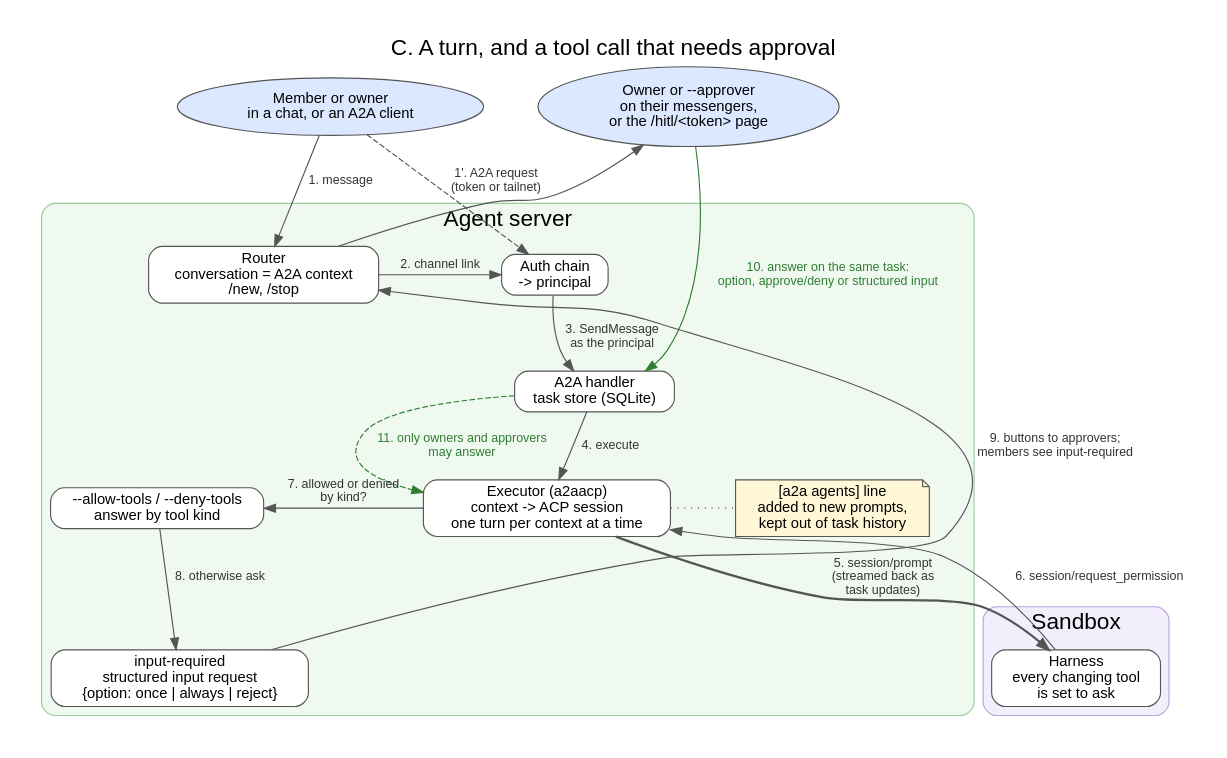
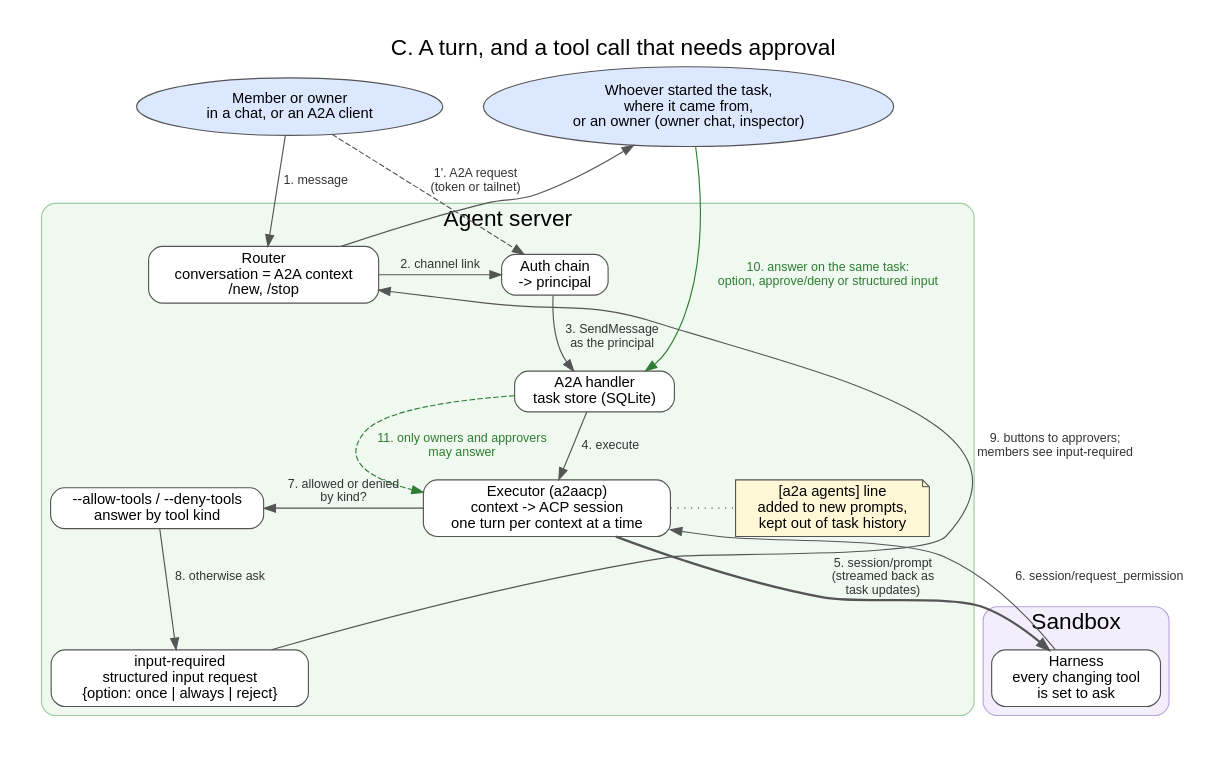
The diagram in docs/graphs/agent-server-turn.dot (a2aproject/a2a-serve), drawn with Graphviz before and after one commit. The commit also changed 3 other files, not shown here.

Commit message:
docs: show model A approvals in the turn graph, and polish two flag help texts

```diff
--- a/docs/graphs/agent-server-turn.dot
+++ b/docs/graphs/agent-server-turn.dot
@@ -1,50 +1,50 @@
 // C. One turn: a message from a chat or an A2A client becomes an ACP prompt,
 // and a tool call that changes something waits for an approver.
 // Render: dot -Tpng -Gdpi=110 agent-server-turn.dot -o agent-server-turn.png
 digraph agent_server_turn {
   rankdir=TB;
   graph [fontname="Helvetica", nodesep=0.4, ranksep=0.5, pad=0.3, newrank=true,
          label="C. A turn, and a tool call that needs approval", labelloc=t, fontsize=20];
   node  [fontname="Helvetica", fontsize=13, shape=box, style="rounded,filled", fillcolor="#ffffff", color="#555555"];
   edge  [fontname="Helvetica", fontsize=11, color="#555555", fontcolor="#333333"];
 
   { rank=same;
     User     [label="Member or owner\nin a chat, or an A2A client", shape=ellipse, fillcolor="#dbe8ff"];
-    Approver [label="Owner or --approver\non their messengers,\nor the /hitl/<token> page", shape=ellipse, fillcolor="#dbe8ff"];
+    Approver [label="Whoever started the task,\nwhere it came from,\nor an owner (owner chat, inspector)", shape=ellipse, fillcolor="#dbe8ff"];
   }
 
   subgraph cluster_server {
     label="Agent server"; style="rounded,filled"; fillcolor="#f0f9f0"; color="#9ccc9c";
     { rank=same;
       Router  [label="Router\nconversation = A2A context\n/new, /stop"];
       Auth    [label="Auth chain\n-> principal"];
     }
     Handler [label="A2A handler\ntask store (SQLite)"];
     { rank=same;
       Rules   [label="--allow-tools / --deny-tools\nanswer by tool kind"];
       Exec    [label="Executor (a2aacp)\ncontext -> ACP session\none turn per context at a time"];
       Line    [label="[a2a agents] line\nadded to new prompts,\nkept out of task history", shape=note, fillcolor="#fff7d6"];
     }
     Hitl    [label="input-required\nstructured input request\n{option: once | always | reject}"];
   }
 
   subgraph cluster_sandbox {
     label="Sandbox"; style="rounded,filled"; fillcolor="#f3eefb"; color="#b9a4dd";
     Harness [label="Harness\nevery changing tool\nis set to ask"];
   }
 
   User -> Router   [label="1. message"];
   User -> Auth     [label="1'. A2A request\n(token or tailnet)", style=dashed];
   Router -> Auth   [label="2. channel link"];
   Auth -> Handler  [label="3. SendMessage\nas the principal"];
   Handler -> Exec  [label="4. execute"];
   Exec -> Line     [style=dotted, dir=none];
   Exec -> Harness  [label="5. session/prompt\n(streamed back as\ntask updates)", style=bold];
   Harness -> Exec  [label="6. session/request_permission"];
   Exec -> Rules    [label="7. allowed or denied\nby kind?"];
   Rules -> Hitl    [label="8. otherwise ask"];
   Hitl -> Router   [label="9. buttons to approvers;\nmembers see input-required", constraint=false];
   Router -> Approver [constraint=false];
   Approver -> Handler [label="10. answer on the same task:\noption, approve/deny or structured input", color="#2e7d32", fontcolor="#2e7d32"];
   Handler -> Exec  [label="11. only owners and approvers\nmay answer", style=dashed, color="#2e7d32", fontcolor="#2e7d32"];
 }
```
